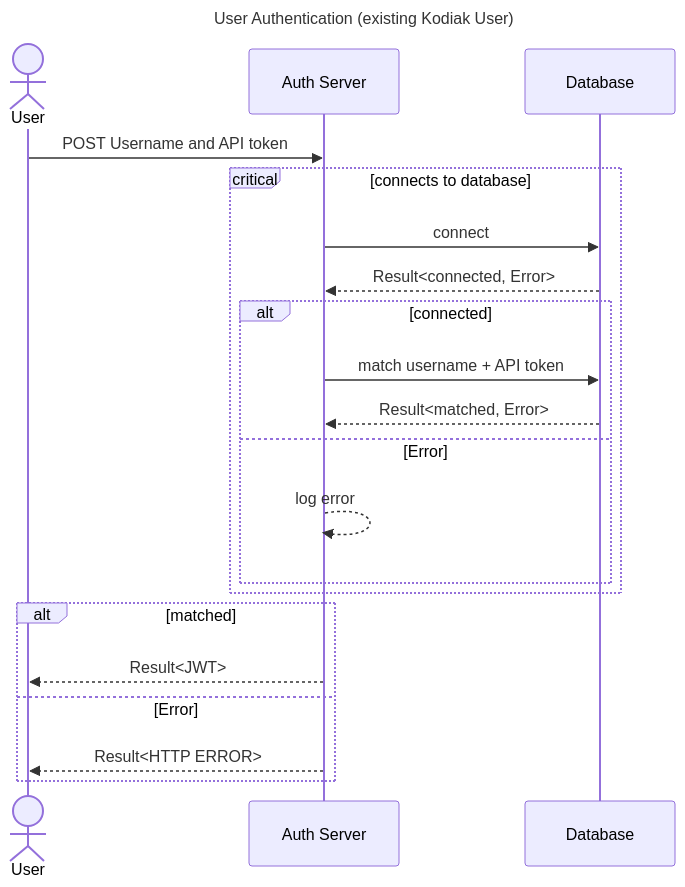
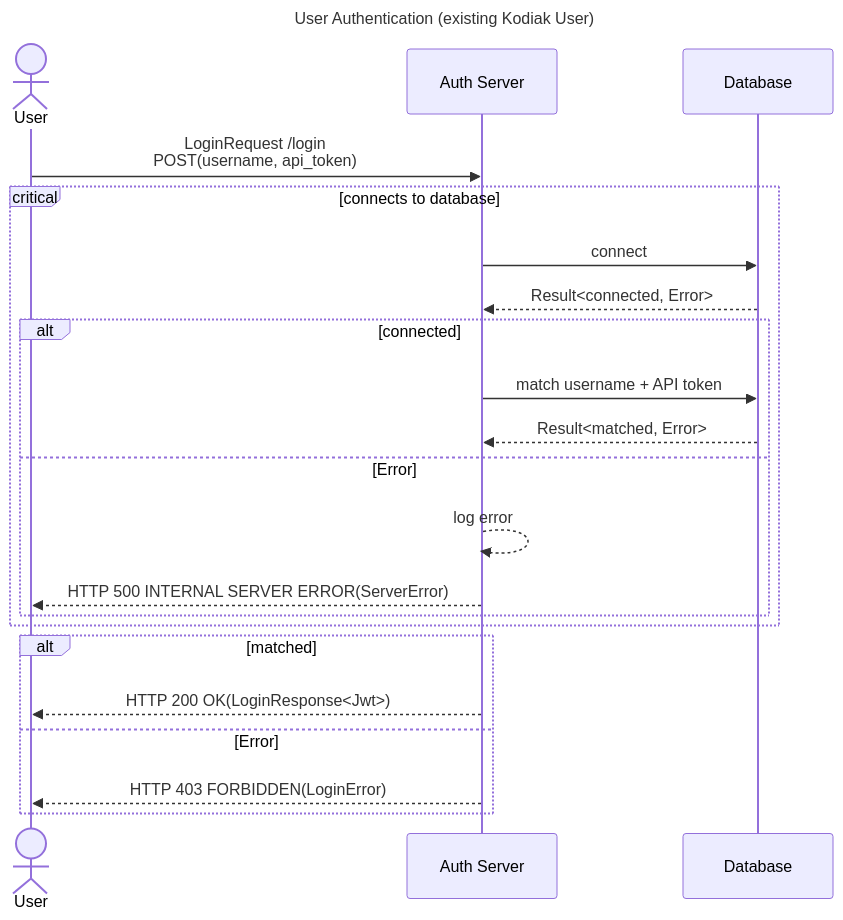
Before and after one commit to polarlabs/kodiak-diagrams: the diagram in auth-server/USER-AUTHENTICATION-SEQUENCE.md, drawn with Mermaid. The commit also changed other lines of this file, not shown here.

Commit message:
mod: describe user request and server responses in more detail.

````diff
--- a/auth-server/USER-AUTHENTICATION-SEQUENCE.md
+++ b/auth-server/USER-AUTHENTICATION-SEQUENCE.md
@@ -3,25 +3,26 @@
 ```mermaid
 ---
 title: User Authentication (existing Kodiak User)
 ---
 sequenceDiagram
     actor       U as User
     participant S as Auth Server
     participant D as Database
-    U ->> S: POST Username and API token
+    U ->> S: LoginRequest /login<br/>POST(username, api_token)
     critical connects to database
         S ->>   D: connect
         D -->>  S: Result<connected, Error>
         alt connected
            S ->>   D: match username + API token
            D -->>  S: Result<matched, Error>
         else Error
            S -->>  S: log error
+           S -->>  U: HTTP 500 INTERNAL SERVER ERROR(ServerError)
         end
     end
     alt matched
-        S -->>  U: Result<JWT>
+        S -->>  U: HTTP 200 OK(LoginResponse<Jwt>)
     else Error
-        S -->>  U: Result<HTTP ERROR>
+        S -->>  U: HTTP 403 FORBIDDEN(LoginError)
     end
 ```
````
